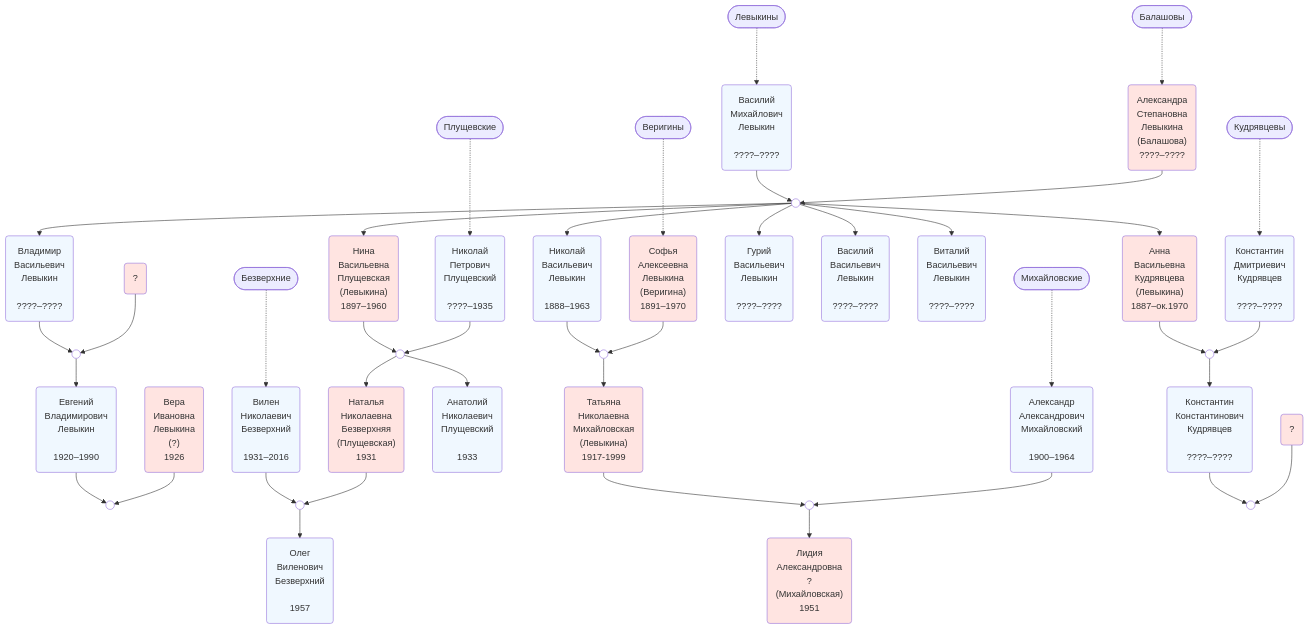
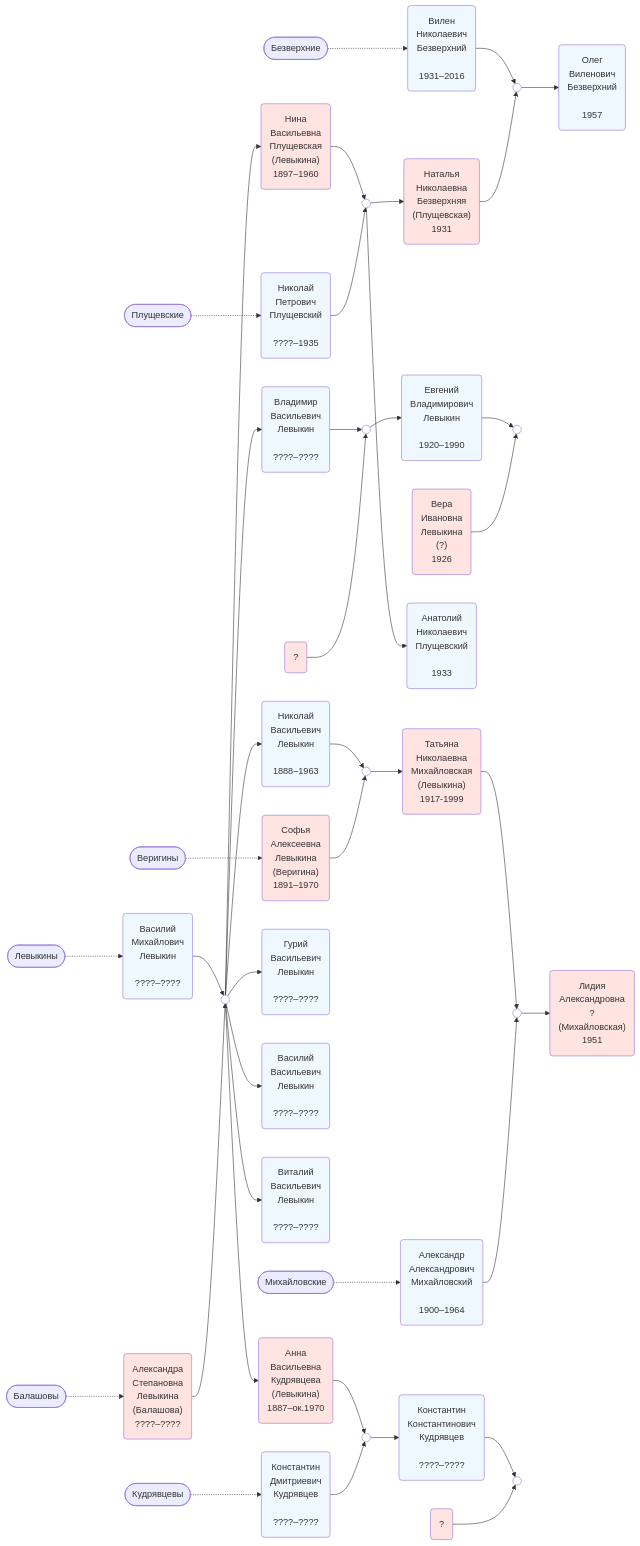
The diagram in Левыкины/index.qmd (EryxSpp/VM), drawn with Mermaid before and after one commit. The commit also changed other lines of this file and 4 other files, not shown here.

Commit message:
Diagrams changed from TD to LR orientation

````diff
--- a/Левыкины/index.qmd
+++ b/Левыкины/index.qmd
@@ -6,5 +7,5 @@
 ```{mermaid}
-flowchart TB
+flowchart LR
     classDef F fill:MistyRose
     classDef M fill:AliceBlue
     classDef X fill:White
@@ -77,6 +78,16 @@
                 Левыкина
                 (Веригина)
                 1891–1970"):::F-->X7 -->M6
+            M6("Татьяна
+                Николаевна
+                Mихайловская
+                (Левыкина)
+                1917-1999"):::F-->X8(( )):::X
+            P9("Александр
+                Александрович
+                Mихайловский
+                 
+                1900–1964"):::M-->X8
     X5-->P11("Анатолий
              Николаевич
              Плущевский
@@ -87,16 +98,6 @@
              Левыкин
               
              1920–1990"):::M-->X9(( )):::X
-            M6("Татьяна
-                Николаевна
-                Mихайловская
-                (Левыкина)
-                1917-1999"):::F-->X8(( )):::X
-            P9("Александр
-                Александрович
-                Mихайловский
-                 
-                1900–1964"):::M-->X8
     X8-->M7("Лидия
              Александровна
              ?
````
